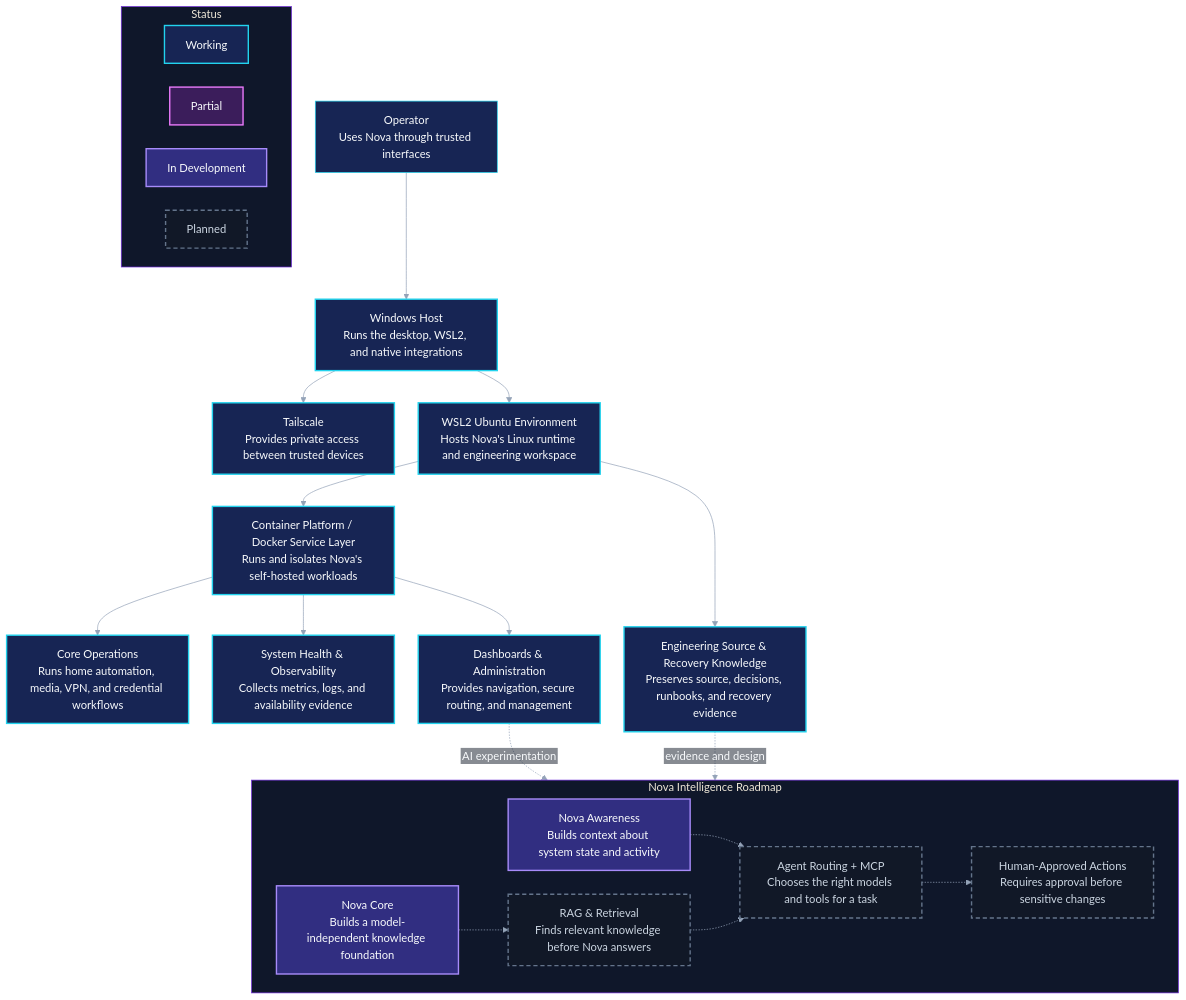
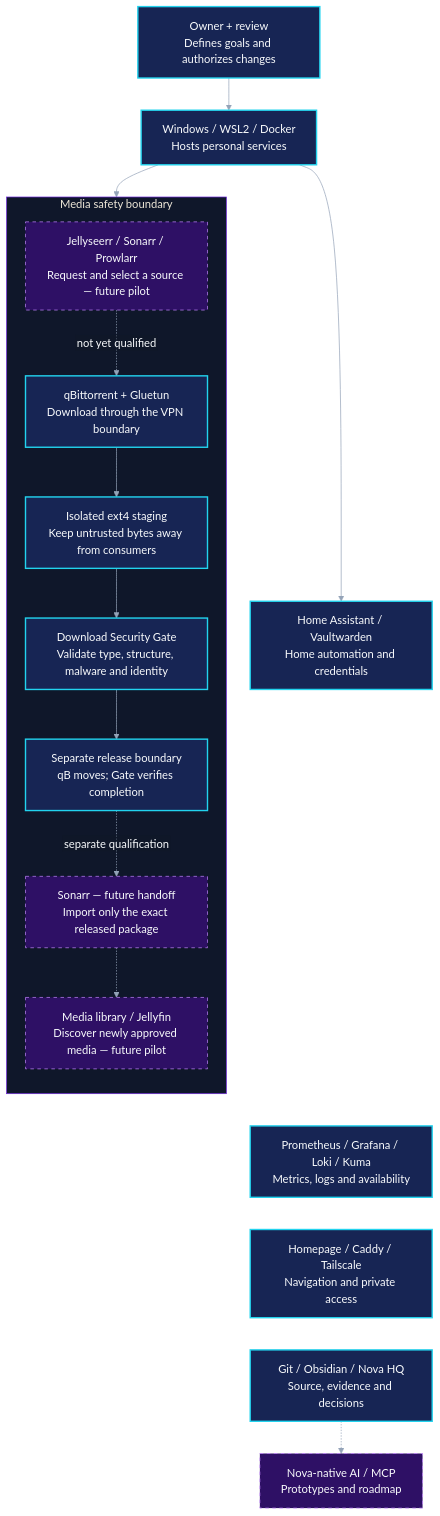
Before and after one commit to Ghostixs/nova-system-overview: the diagram in diagrams/nova-public-architecture.mmd, drawn with Mermaid. The commit also changed 13 other files, not shown here.

Commit message:
docs: add Download Security Gate engineering milestone

```diff
--- a/diagrams/nova-public-architecture.mmd
+++ b/diagrams/nova-public-architecture.mmd
@@ -1,56 +1,27 @@
 %%{init: {"theme":"base","flowchart":{"htmlLabels":false,"curve":"basis","nodeSpacing":34,"rankSpacing":46},"themeVariables":{"background":"#070b19","primaryColor":"#172554","primaryTextColor":"#f8fafc","primaryBorderColor":"#22d3ee","lineColor":"#94a3b8","secondaryColor":"#2e1065","tertiaryColor":"#111827","clusterBkg":"#0f172a","clusterBorder":"#6d28d9","edgeLabelBackground":"#111827","fontFamily":"Segoe UI, Inter, Arial, sans-serif","fontSize":"16px"}}}%%
 flowchart TB
-  User["Operator<br/>Uses Nova through trusted interfaces"]
-  Host["Windows Host<br/>Runs the desktop, WSL2, and native integrations"]
-  Tail["Tailscale<br/>Provides private access between trusted devices"]
-  WSL["WSL2 Ubuntu Environment<br/>Hosts Nova's Linux runtime and engineering workspace"]
-  Docker["Container Platform / Docker Service Layer<br/>Runs and isolates Nova's self-hosted workloads"]
-
-  User --> Host
-  Host --> Tail
-  Host --> WSL
-  WSL --> Docker
-
-  CoreOps["Core Operations<br/>Runs home automation, media, VPN, and credential workflows"]
-  Observe["System Health & Observability<br/>Collects metrics, logs, and availability evidence"]
-  Access["Dashboards & Administration<br/>Provides navigation, secure routing, and management"]
-  Knowledge["Engineering Source & Recovery Knowledge<br/>Preserves source, decisions, runbooks, and recovery evidence"]
-
-  Docker --> CoreOps
-  Docker --> Observe
-  Docker --> Access
-  WSL --> Knowledge
-
-  subgraph Roadmap["Nova Intelligence Roadmap"]
-    direction LR
-    Core["Nova Core<br/>Builds a model-independent knowledge foundation"]
-    Awareness["Nova Awareness<br/>Builds context about system state and activity"]
-    Retrieval["RAG & Retrieval<br/>Finds relevant knowledge before Nova answers"]
-    Agents["Agent Routing + MCP<br/>Chooses the right models and tools for a task"]
-    Approval["Human-Approved Actions<br/>Requires approval before sensitive changes"]
-    Core -.-> Retrieval
-    Awareness -.-> Agents
-    Retrieval -.-> Agents
-    Agents -.-> Approval
+  Owner["Owner + review<br/>Defines goals and authorizes changes"] --> Platform["Windows / WSL2 / Docker<br/>Hosts personal services"]
+  Platform --> Ops["Home Assistant / Vaultwarden<br/>Home automation and credentials"]
+  Ops ~~~ Observe["Prometheus / Grafana / Loki / Kuma<br/>Metrics, logs and availability"]
+  Observe ~~~ Access["Homepage / Caddy / Tailscale<br/>Navigation and private access"]
+  Platform --> Request
+  subgraph Media["Media safety boundary"]
+    direction TB
+    Request["Jellyseerr / Sonarr / Prowlarr<br/>Request and select a source — future pilot"]
+    Q["qBittorrent + Gluetun<br/>Download through the VPN boundary"]
+    Stage["Isolated ext4 staging<br/>Keep untrusted bytes away from consumers"]
+    Gate["Download Security Gate<br/>Validate type, structure, malware and identity"]
+    Release["Separate release boundary<br/>qB moves; Gate verifies completion"]
+    Import["Sonarr — future handoff<br/>Import only the exact released package"]
+    Library["Media library / Jellyfin<br/>Discover newly approved media — future pilot"]
+    Request -. "not yet qualified" .-> Q
+    Q --> Stage --> Gate --> Release
+    Release -. "separate qualification" .-> Import
+    Import -.-> Library
   end
-
-  Access -. "AI experimentation" .-> Roadmap
-  Knowledge -. "evidence and design" .-> Roadmap
-
-  subgraph Legend["Status"]
-    direction LR
-    LWork["Working"]
-    LPartial["Partial"]
-    LDev["In Development"]
-    LPlan["Planned"]
-  end
-
-  classDef working fill:#172554,stroke:#22d3ee,color:#f8fafc,stroke-width:2px
-  classDef partial fill:#3b1d5b,stroke:#e879f9,color:#f8fafc,stroke-width:2px
-  classDef development fill:#312e81,stroke:#a78bfa,color:#f8fafc,stroke-width:2px
-  classDef planned fill:#111827,stroke:#64748b,color:#cbd5e1,stroke-width:2px,stroke-dasharray:6 4
-
-  class Host,Tail,WSL,Docker,CoreOps,Observe,Access,Knowledge,LWork working
-  class LPartial partial
-  class Core,Awareness,LDev development
-  class Retrieval,Agents,Approval,LPlan planned
+  Access ~~~ Knowledge["Git / Obsidian / Nova HQ<br/>Source, evidence and decisions"]
+  Knowledge -.-> AI["Nova-native AI / MCP<br/>Prototypes and roadmap"]
+  classDef verified fill:#172554,stroke:#22d3ee,color:#f8fafc,stroke-width:2px
+  classDef future fill:#2e1065,stroke:#c084fc,color:#f8fafc,stroke-dasharray:5 5
+  class Owner,Platform,Ops,Observe,Access,Q,Stage,Gate,Release,Knowledge verified
+  class Request,Import,Library,AI future
```
